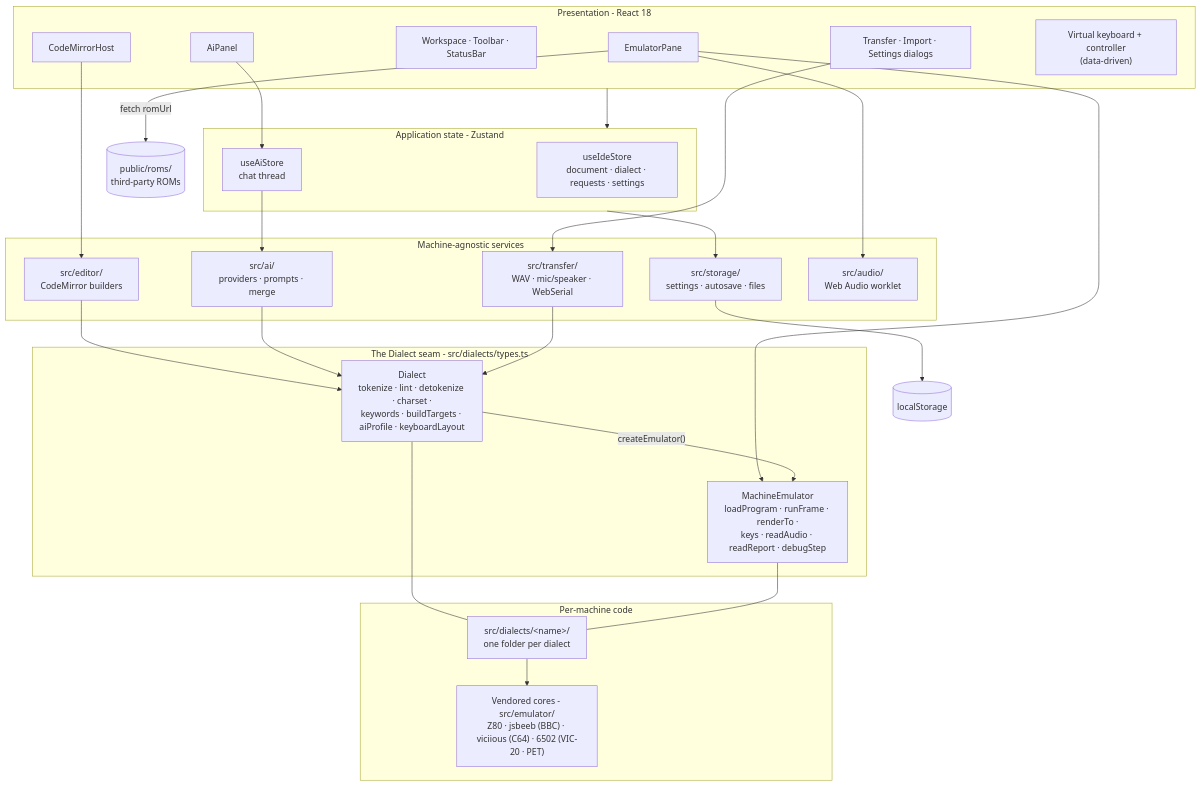
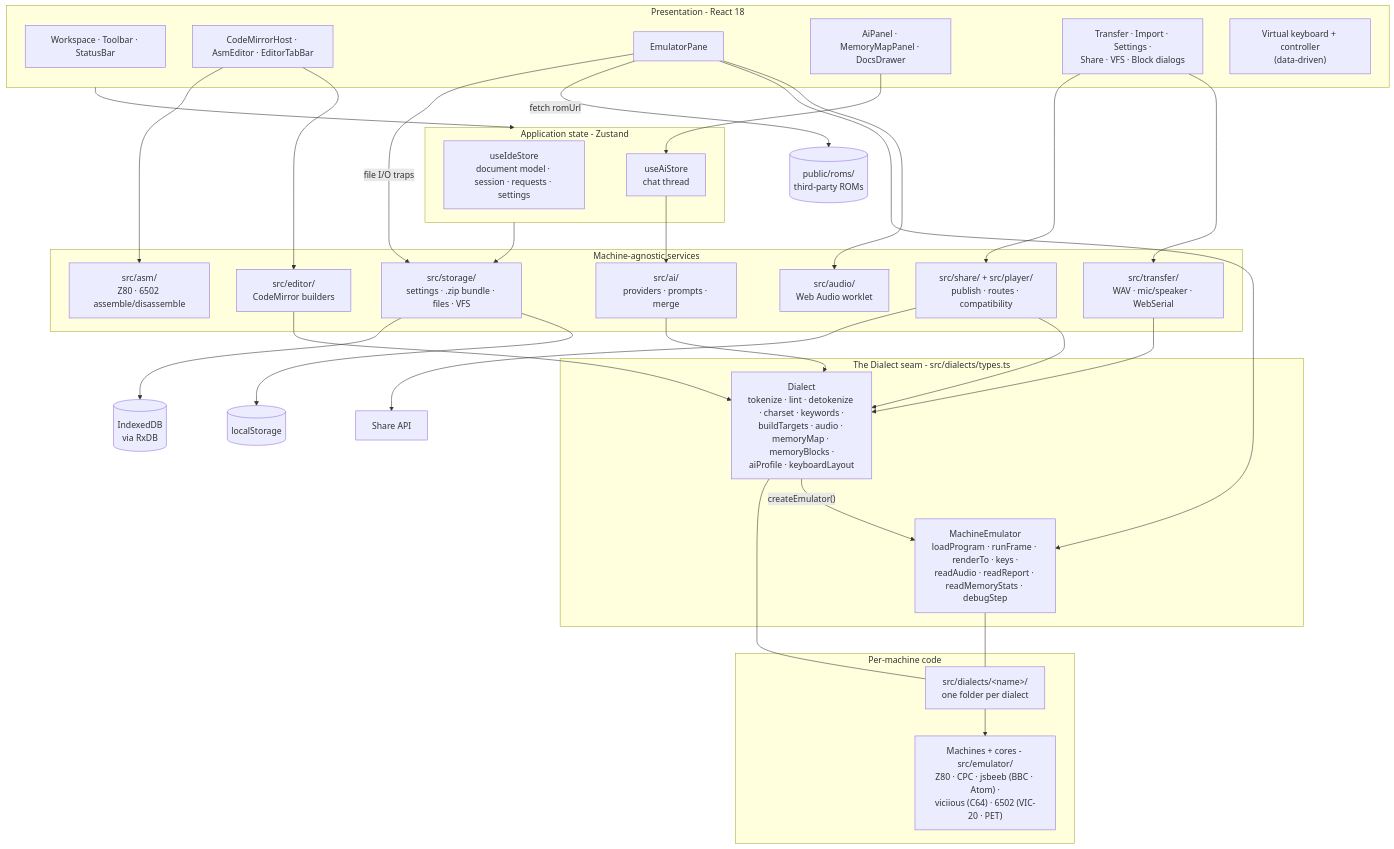
One commit to seanhodges/basically changed the third of 9 diagrams in docs/contributing/architecture.md. Above: the diagram before and after it, drawn with Mermaid. The commit also changed other lines of this file, not shown here.

First line of the commit message:
docs: bring the architecture page back in line with the codebase

````diff
--- a/docs/contributing/architecture.md
+++ b/docs/contributing/architecture.md
@@ -152,53 +251,63 @@
 ```mermaid
 flowchart TB
   subgraph presentation ["Presentation - React 18"]
     workspace["Workspace · Toolbar · StatusBar"]
-    editorui["CodeMirrorHost"]
+    editorui["CodeMirrorHost · AsmEditor · EditorTabBar"]
     emupane["EmulatorPane"]
-    aipanel["AiPanel"]
-    dialogs["Transfer · Import · Settings dialogs"]
+    panels["AiPanel · MemoryMapPanel · DocsDrawer"]
+    dialogs["Transfer · Import · Settings ·<br/>Share · VFS · Block dialogs"]
     vkbd["Virtual keyboard + controller<br/>(data-driven)"]
   end
 
   subgraph state ["Application state - Zustand"]
-    store["useIdeStore<br/>document · dialect · requests · settings"]
+    store["useIdeStore<br/>document model · session · requests · settings"]
     aistore["useAiStore<br/>chat thread"]
   end
 
   subgraph services ["Machine-agnostic services"]
     editor["src/editor/<br/>CodeMirror builders"]
+    asm["src/asm/<br/>Z80 · 6502 assemble/disassemble"]
     ai["src/ai/<br/>providers · prompts · merge"]
     transfer["src/transfer/<br/>WAV · mic/speaker · WebSerial"]
-    storage["src/storage/<br/>settings · autosave · files"]
+    shareapi["src/share/ + src/player/<br/>publish · routes · compatibility"]
+    storage["src/storage/<br/>settings · .zip bundle · files · VFS"]
     audio["src/audio/<br/>Web Audio worklet"]
   end
 
   subgraph seam ["The Dialect seam - src/dialects/types.ts"]
-    dialect["Dialect<br/>tokenize · lint · detokenize · charset ·<br/>keywords · buildTargets · aiProfile · keyboardLayout"]
-    machine["MachineEmulator<br/>loadProgram · runFrame · renderTo ·<br/>keys · readAudio · readReport · debugStep"]
+    dialect["Dialect<br/>tokenize · lint · detokenize · charset · keywords ·<br/>buildTargets · audio · memoryMap · memoryBlocks ·<br/>aiProfile · keyboardLayout"]
+    machine["MachineEmulator<br/>loadProgram · runFrame · renderTo · keys ·<br/>readAudio · readReport · readMemoryStats · debugStep"]
   end
 
   subgraph machines ["Per-machine code"]
     folders["src/dialects/&lt;name&gt;/<br/>one folder per dialect"]
-    cores["Vendored cores - src/emulator/<br/>Z80 · jsbeeb (BBC) · viciious (C64) · 6502 (VIC-20 · PET)"]
+    cores["Machines + cores - src/emulator/<br/>Z80 · CPC · jsbeeb (BBC · Atom) ·<br/>viciious (C64) · 6502 (VIC-20 · PET)"]
   end
 
   roms[("public/roms/<br/>third-party ROMs")]
   ls[("localStorage")]
+  idb[("IndexedDB<br/>via RxDB")]
+  api["Share API"]
 
   presentation --> state
   editorui --> editor
-  aipanel --> aistore --> ai
+  editorui --> asm
+  panels --> aistore --> ai
   dialogs --> transfer
+  dialogs --> shareapi
   emupane --> audio
   editor --> dialect
   ai --> dialect
   transfer --> dialect
+  shareapi --> dialect
   emupane --> machine
   dialect -->|"createEmulator()"| machine
   dialect --- folders
   machine --- folders
   folders --> cores
   emupane -->|"fetch romUrl"| roms
+  emupane -->|"file I/O traps"| storage
   state --> storage --> ls
+  storage --> idb
+  shareapi --> api
 ```
````
